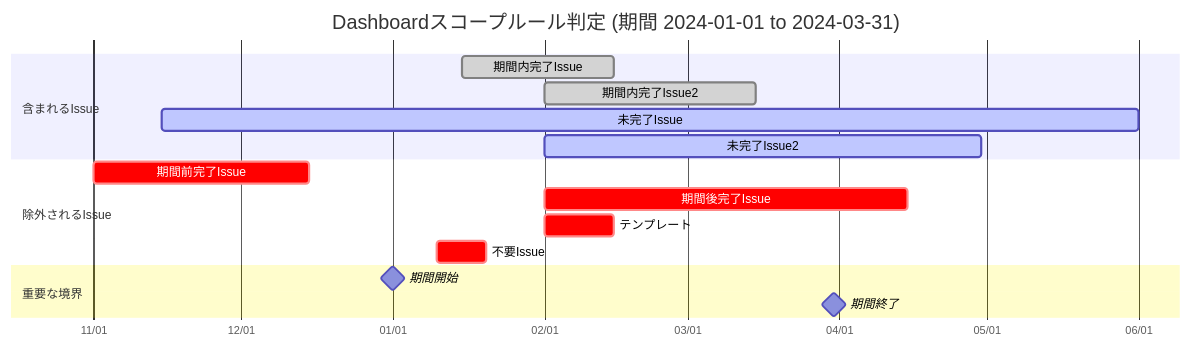
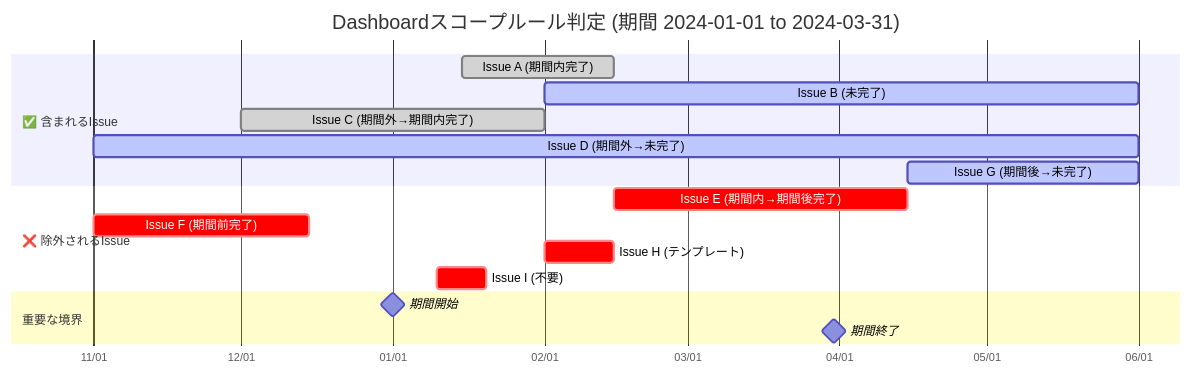
One commit to suwa-sh/gitlab-bud-chart changed the diagram in README.md. Above: the diagram before and after it, drawn with Mermaid. The commit also changed other lines of this file and 1 other file, not shown here.

Commit message:
docs: データ整備

````diff
--- a/README.md
+++ b/README.md
@@ -168,22 +168,23 @@
 ```mermaid
 gantt
     title Dashboardスコープルール判定 (期間 2024-01-01 to 2024-03-31)
     dateFormat YYYY-MM-DD
     axisFormat %m/%d
 
-    section 含まれるIssue
-    期間内完了Issue      :done, in_period, 2024-01-15, 2024-02-15
-    期間内完了Issue2     :done, in_period2, 2024-02-01, 2024-03-15
-    未完了Issue          :active, not_completed, 2023-11-15, 2024-06-01
-    未完了Issue2         :active, not_completed2, 2024-02-01, 2024-04-30
+    section ✅ 含まれるIssue
+    Issue A (期間内完了)      :done, issue_a, 2024-01-15, 2024-02-15
+    Issue B (未完了)          :active, issue_b, 2024-02-01, 2024-06-01
+    Issue C (期間外→期間内完了) :done, issue_c, 2023-12-01, 2024-02-01
+    Issue D (期間外→未完了)    :active, issue_d, 2023-11-01, 2024-06-01
+    Issue G (期間後→未完了)    :active, issue_g, 2024-04-15, 2024-06-01
 
-    section 除外されるIssue
-    期間前完了Issue      :crit, before_period, 2023-11-01, 2023-12-15
-    期間後完了Issue      :crit, after_period, 2024-02-01, 2024-04-15
-    テンプレート         :crit, filter_template, 2024-02-01, 2024-02-15
-    不要Issue           :crit, filter_unnecessary, 2024-01-10, 2024-01-20
+    section ❌ 除外されるIssue
+    Issue E (期間内→期間後完了) :crit, issue_e, 2024-02-15, 2024-04-15
+    Issue F (期間前完了)       :crit, issue_f, 2023-11-01, 2023-12-15
+    Issue H (テンプレート)     :crit, issue_h, 2024-02-01, 2024-02-15
+    Issue I (不要)            :crit, issue_i, 2024-01-10, 2024-01-20
 
     section 重要な境界
-    期間開始            :milestone, period_start, 2024-01-01, 0d
-    期間終了            :milestone, period_end, 2024-03-31, 0d
+    期間開始                  :milestone, period_start, 2024-01-01, 0d
+    期間終了                  :milestone, period_end, 2024-03-31, 0d
 ```
````
